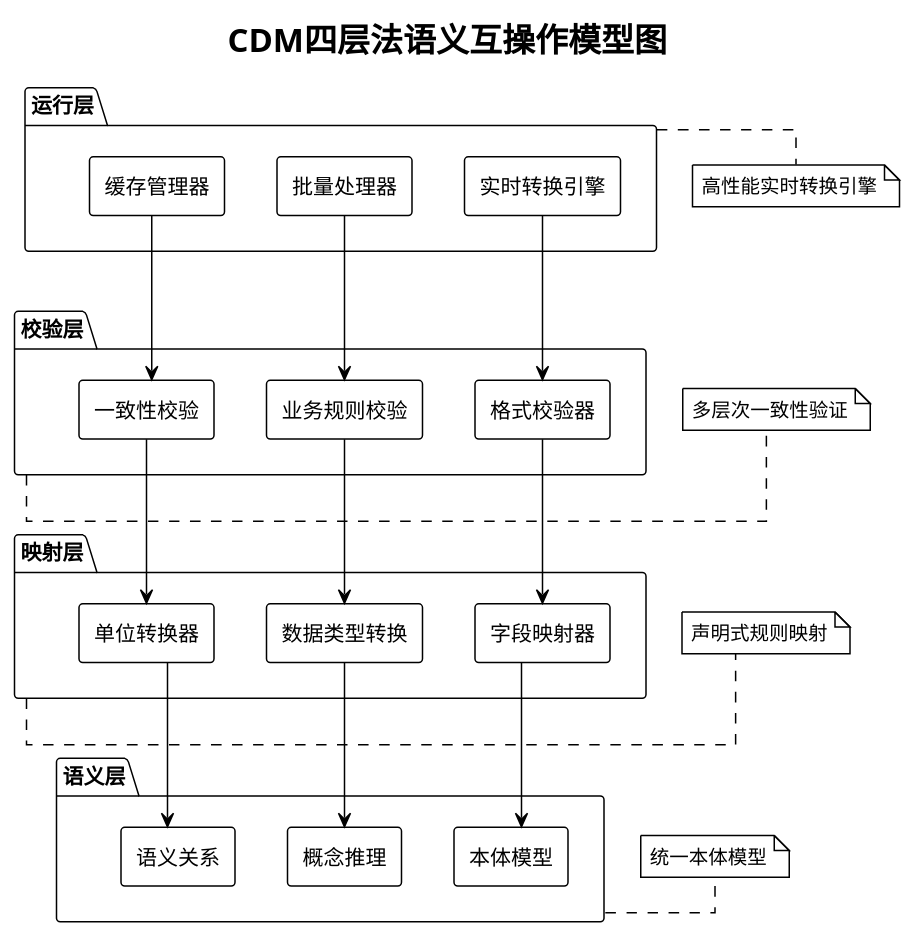
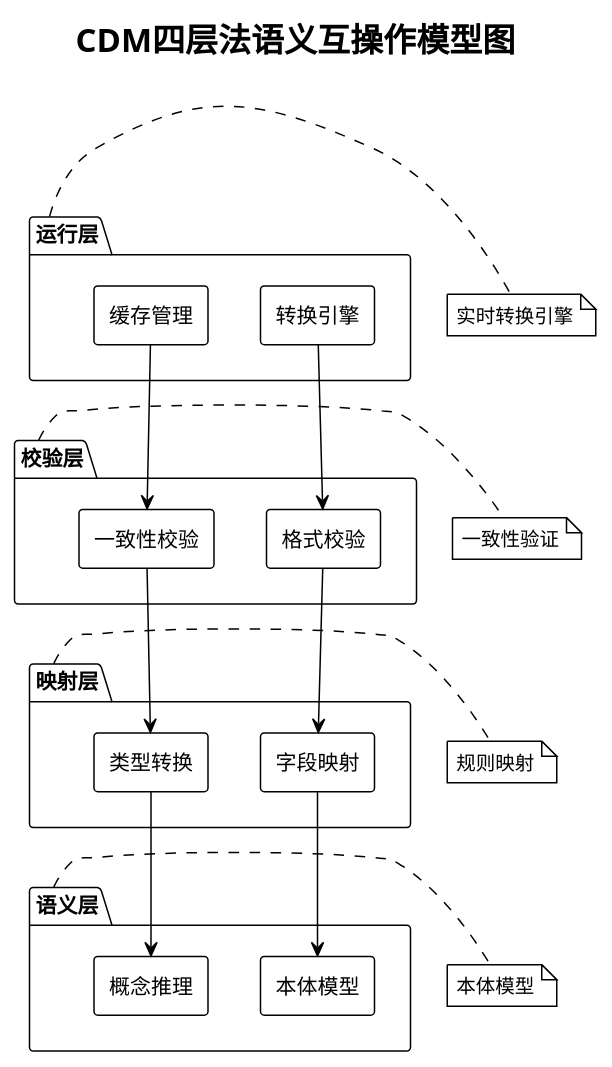
Before and after one commit to mistvapour/6016b: the diagram in 华东师范大学硕_博_士论文LaTex模板_/chapters/fig-0/cdm_four_layer_simple.puml, drawn with PlantUML. The commit also changed 40 other files, not shown here.

```diff
--- a/华东师范大学硕_博_士论文LaTex模板_/chapters/fig-0/cdm_four_layer_simple.puml
+++ b/华东师范大学硕_博_士论文LaTex模板_/chapters/fig-0/cdm_four_layer_simple.puml
@@ -1,52 +1,58 @@
 @startuml cdm_four_layer_simple
 !theme plain
-skinparam backgroundColor white
+skinparam backgroundColor #FFFFFF
 skinparam componentStyle rectangle
-skinparam linetype ortho
+skinparam component {
+    BackgroundColor #FFFFFF
+    BorderColor #000000
+    FontColor #000000
+}
+skinparam package {
+    BackgroundColor #FFFFFF
+    BorderColor #000000
+    FontColor #000000
+}
+skinparam note {
+    BackgroundColor #FFFFFF
+    BorderColor #000000
+    FontColor #000000
+}
 
 title CDM四层法语义互操作模型图
 
 package "运行层" as runtime {
-    component [实时转换引擎] as engine
-    component [批量处理器] as batch
-    component [缓存管理器] as cache
+    component [转换引擎] as engine
+    component [缓存管理] as cache
 }
 
 package "校验层" as validation {
-    component [格式校验器] as format_check
-    component [业务规则校验] as business_check
+    component [格式校验] as format_check
     component [一致性校验] as consistency_check
 }
 
 package "映射层" as mapping {
-    component [字段映射器] as field_mapping
-    component [数据类型转换] as type_conversion
-    component [单位转换器] as unit_conversion
+    component [字段映射] as field_mapping
+    component [类型转换] as type_conversion
 }
 
 package "语义层" as semantic {
     component [本体模型] as ontology
     component [概念推理] as reasoning
-    component [语义关系] as relations
 }
 
 ' 连接关系
 engine --> format_check
-batch --> business_check
+format_check --> field_mapping
+field_mapping --> ontology
+
 cache --> consistency_check
-
-format_check --> field_mapping
-business_check --> type_conversion
-consistency_check --> unit_conversion
-
-field_mapping --> ontology
+consistency_check --> type_conversion
 type_conversion --> reasoning
-unit_conversion --> relations
 
 ' 添加说明
-note right of runtime : 高性能实时转换引擎
-note right of validation : 多层次一致性验证
-note right of mapping : 声明式规则映射
-note right of semantic : 统一本体模型
+note right of runtime : 实时转换引擎
+note right of validation : 一致性验证
+note right of mapping : 规则映射
+note right of semantic : 本体模型
 
 @enduml
```
